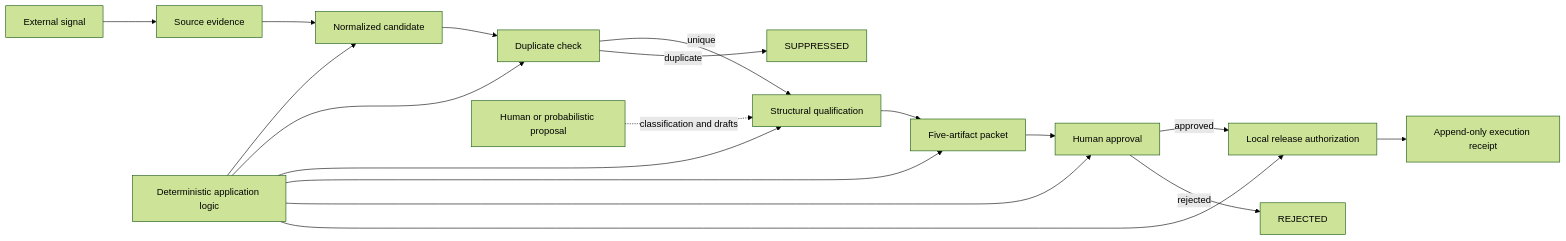
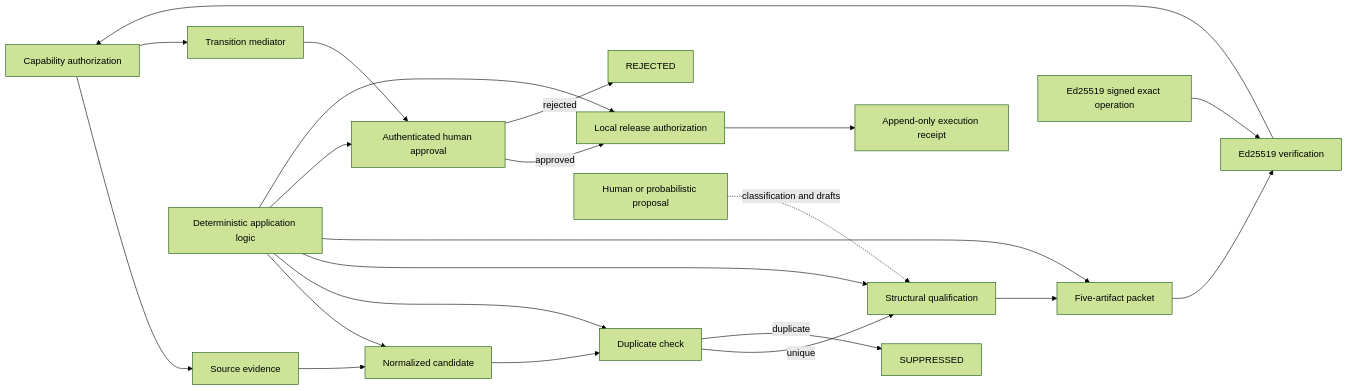
The diagram in README.md (noblebrendon-cloud/governed-signal-to-content), drawn with Mermaid (forest theme) before and after one commit. The commit also changed other lines of this file and 33 other files, not shown here.

````diff
--- a/README.md
+++ b/README.md
@@ -44,21 +50,25 @@
 ```mermaid
 flowchart LR
   A[External signal] --> B[Source evidence]
   B --> C[Normalized candidate]
   C --> D[Duplicate check]
   D -->|unique| E[Structural qualification]
   D -->|duplicate| S[SUPPRESSED]
   E --> F[Five-artifact packet]
-  F --> G[Human approval]
+  F --> V[Ed25519 verification]
+  V --> A[Capability authorization]
+  A --> M[Transition mediator]
+  M --> G[Authenticated human approval]
   G -->|approved| H[Local release authorization]
   G -->|rejected| R[REJECTED]
   H --> I[Append-only execution receipt]
 
   P[Human or probabilistic proposal] -. classification and drafts .-> E
+  K[Ed25519 signed exact operation] --> V
   J[Deterministic application logic] --> C
   J --> D
   J --> E
   J --> F
   J --> G
   J --> H
 ```
````
